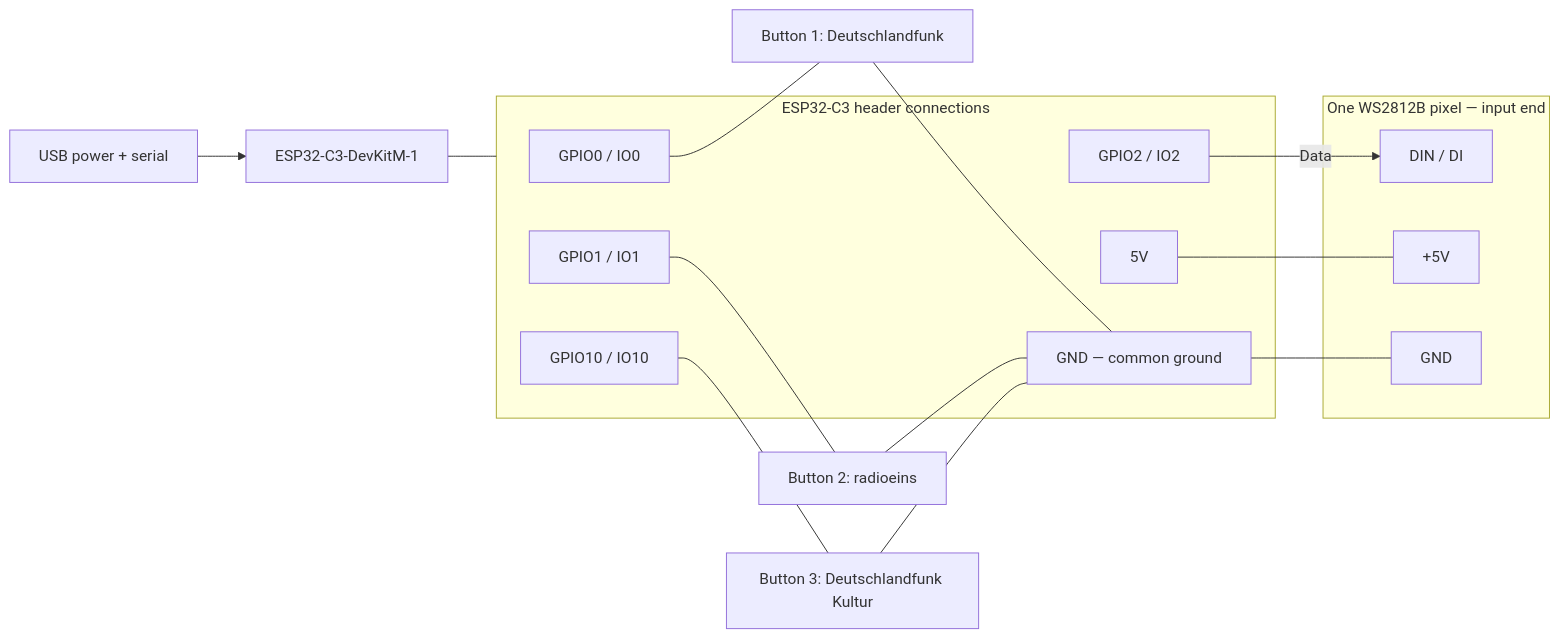
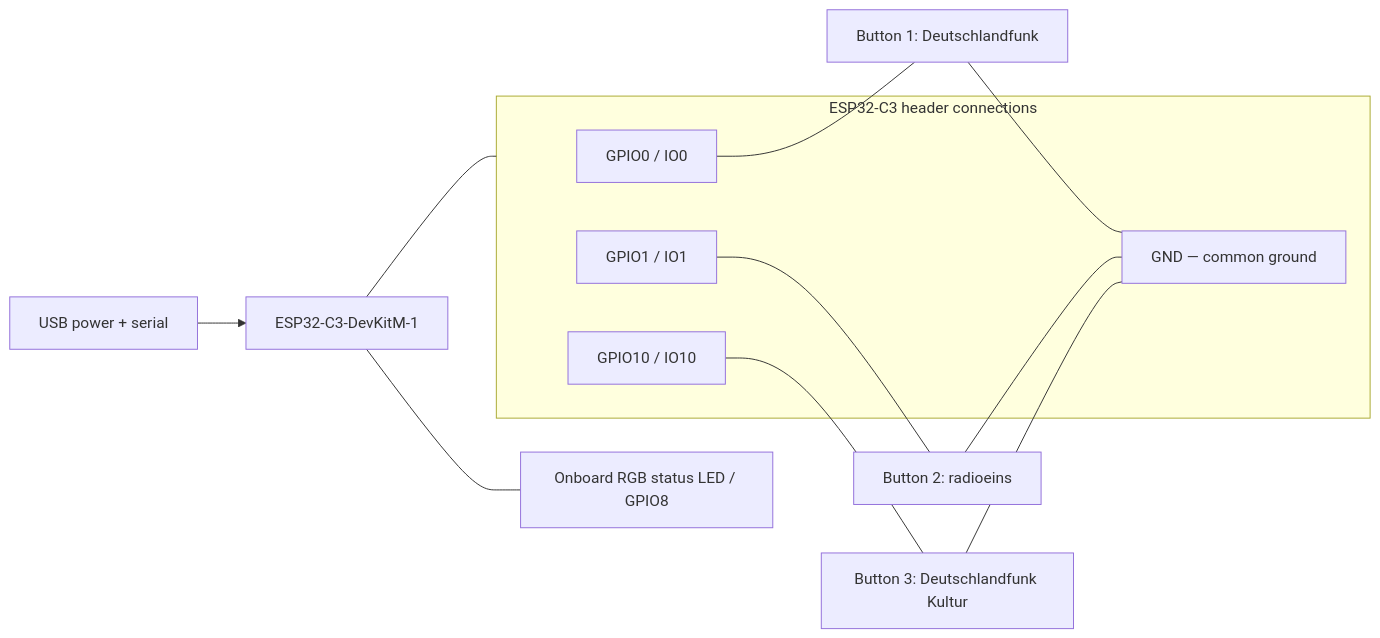
Before and after one commit to mechko/sonos-three-button-remote: the diagram in README.md, drawn with Mermaid. The commit also changed other lines of this file and 2 other files, not shown here.

Commit message:
Use onboard status LED and retry failed radio playback

````diff
--- a/README.md
+++ b/README.md
@@ -14,27 +15,18 @@
 ```mermaid
 flowchart LR
     USB["USB power + serial"] --> BOARD["ESP32-C3-DevKitM-1"]
     subgraph ESP["ESP32-C3 header connections"]
         P0["GPIO0 / IO0"]
         P1["GPIO1 / IO1"]
         P10["GPIO10 / IO10"]
-        P2["GPIO2 / IO2"]
-        V5["5V"]
         GND["GND — common ground"]
     end
     BOARD --- ESP
     P0 --- B1["Button 1: Deutschlandfunk"]
     P1 --- B2["Button 2: radioeins"]
     P10 --- B3["Button 3: Deutschlandfunk Kultur"]
     B1 --- GND
     B2 --- GND
     B3 --- GND
-    subgraph LED["One WS2812B pixel — input end"]
-        DIN["DIN / DI"]
-        PLUS["+5V"]
-        MINUS["GND"]
-    end
-    P2 -->|Data| DIN
-    V5 --- PLUS
-    GND --- MINUS
+    BOARD --- LED["Onboard RGB status LED / GPIO8"]
 ```
````
